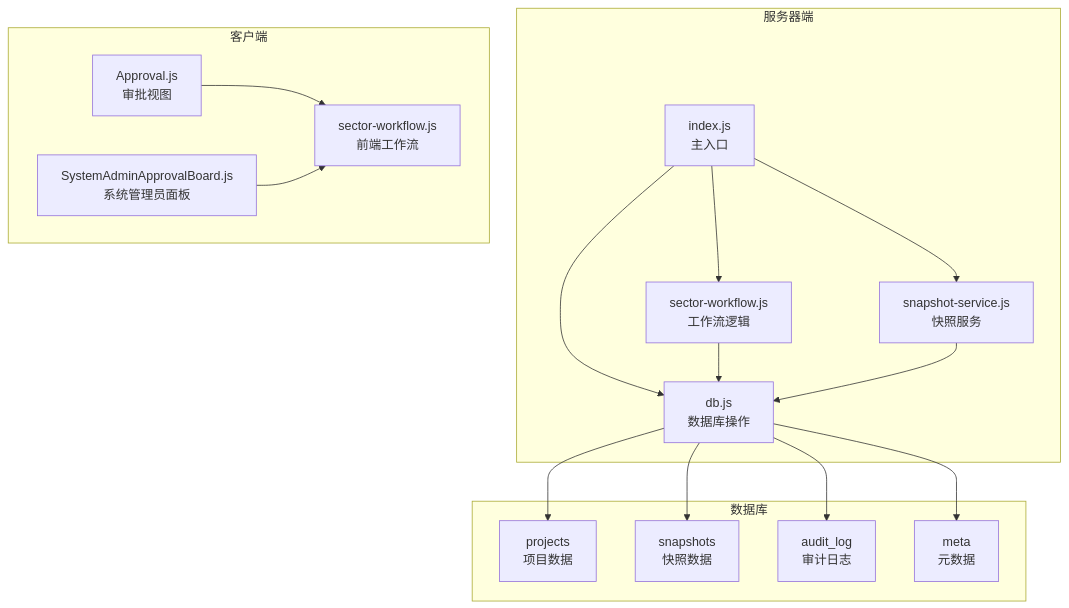
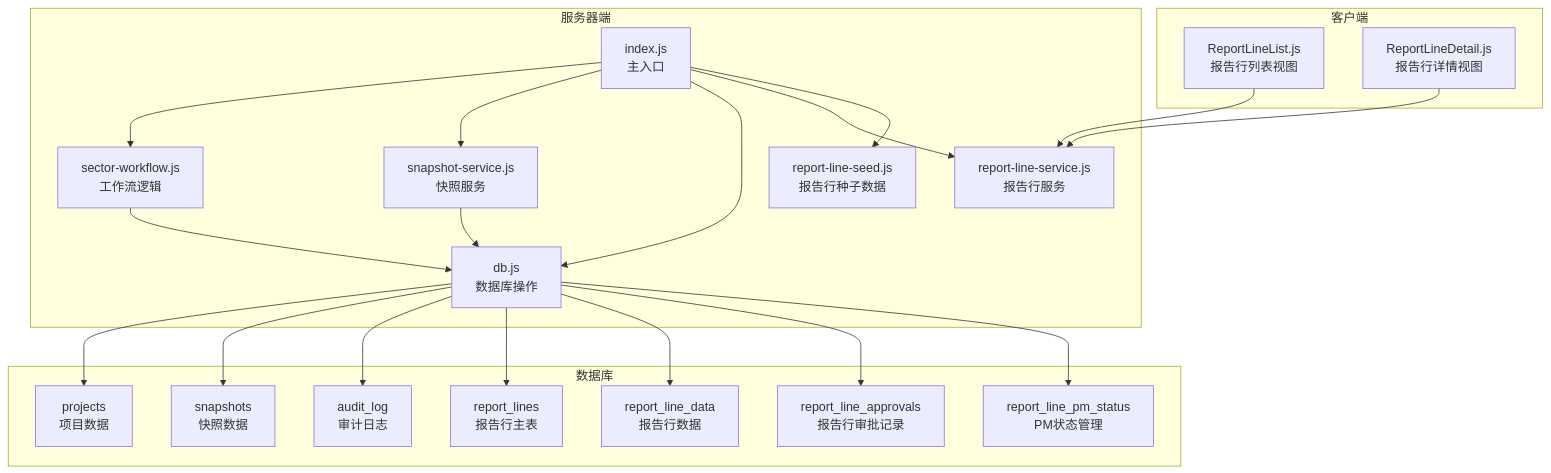
Before and after one commit to marcelxu0272/202605_project-tracking-table: the first of 4 diagrams in .qoder/repowiki/zh/content/API接口文档/审批流程API.md, drawn with Mermaid. The commit also changed other lines of this file and 17 other files, not shown here.

````diff
--- a/.qoder/repowiki/zh/content/API接口文档/审批流程API.md
+++ b/.qoder/repowiki/zh/content/API接口文档/审批流程API.md
@@ -36,31 +39,40 @@
 ```mermaid
 graph TB
 subgraph "服务器端"
 A[index.js<br/>主入口]
 B[sector-workflow.js<br/>工作流逻辑]
 C[snapshot-service.js<br/>快照服务]
 D[db.js<br/>数据库操作]
+E[report-line-service.js<br/>报告行服务]
+F[report-line-seed.js<br/>报告行种子数据]
 end
 subgraph "客户端"
-E[Approval.js<br/>审批视图]
-F[SystemAdminApprovalBoard.js<br/>系统管理员面板]
-G[sector-workflow.js<br/>前端工作流]
+G[ReportLineList.js<br/>报告行列表视图]
+H[ReportLineDetail.js<br/>报告行详情视图]
 end
 subgraph "数据库"
-H[projects<br/>项目数据]
-I[snapshots<br/>快照数据]
-J[audit_log<br/>审计日志]
-K[meta<br/>元数据]
+I[projects<br/>项目数据]
+J[snapshots<br/>快照数据]
+K[audit_log<br/>审计日志]
+L[report_lines<br/>报告行主表]
+M[report_line_data<br/>报告行数据]
+N[report_line_approvals<br/>报告行审批记录]
+O[report_line_pm_status<br/>PM状态管理]
 end
 A --> B
 A --> C
 A --> D
-E --> G
-F --> G
+A --> E
+A --> F
+G --> E
+H --> E
 B --> D
 C --> D
-D --> H
 D --> I
 D --> J
 D --> K
+D --> L
+D --> M
+D --> N
+D --> O
 ```
````
